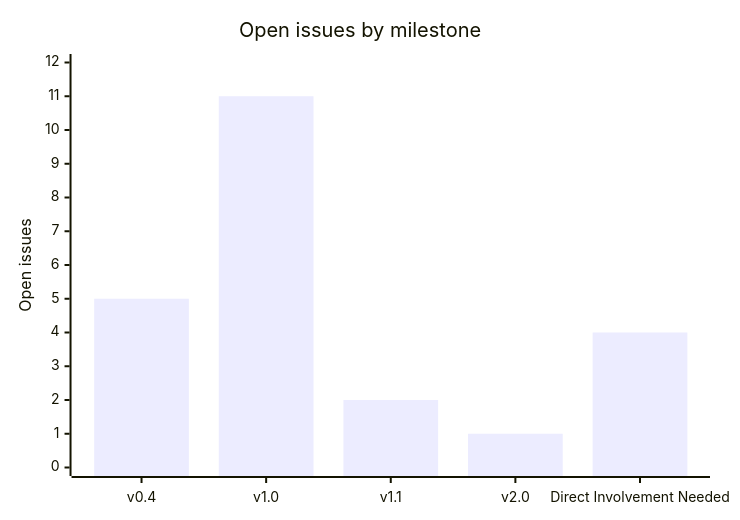
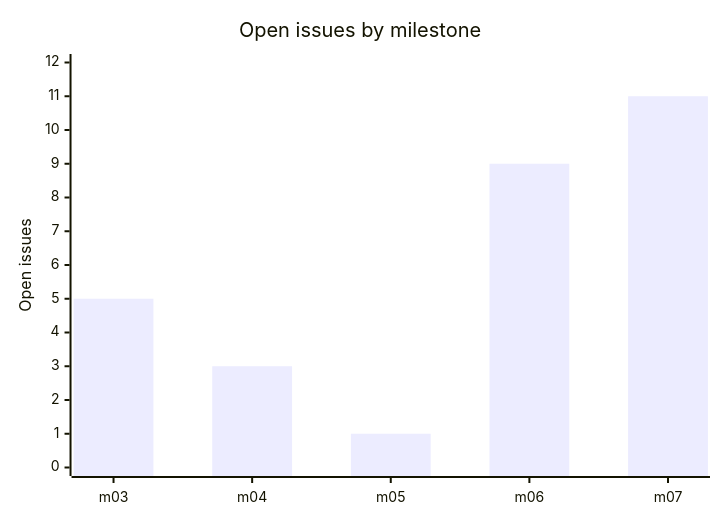
Before and after one commit to derekwinters/lucas-doggiehood: the second of 2 diagrams in .claude/skills/pipeline-dashboard/tests/expected_dashboard.md, drawn with Mermaid. The commit also changed other lines of this file and 18 other files, not shown here.

````diff
--- a/.claude/skills/pipeline-dashboard/tests/expected_dashboard.md
+++ b/.claude/skills/pipeline-dashboard/tests/expected_dashboard.md
@@ -96,7 +96,7 @@
 ```mermaid
 xychart-beta
     title "Open issues by milestone"
-    x-axis ["v0.4", "v1.0", "v1.1", "v2.0", "Direct Involvement Needed"]
+    x-axis [m03, m04, m05, m06, m07]
     y-axis "Open issues" 0 --> 12
-    bar [5, 11, 2, 1, 4]
+    bar [5, 3, 1, 9, 11]
 ```
````
